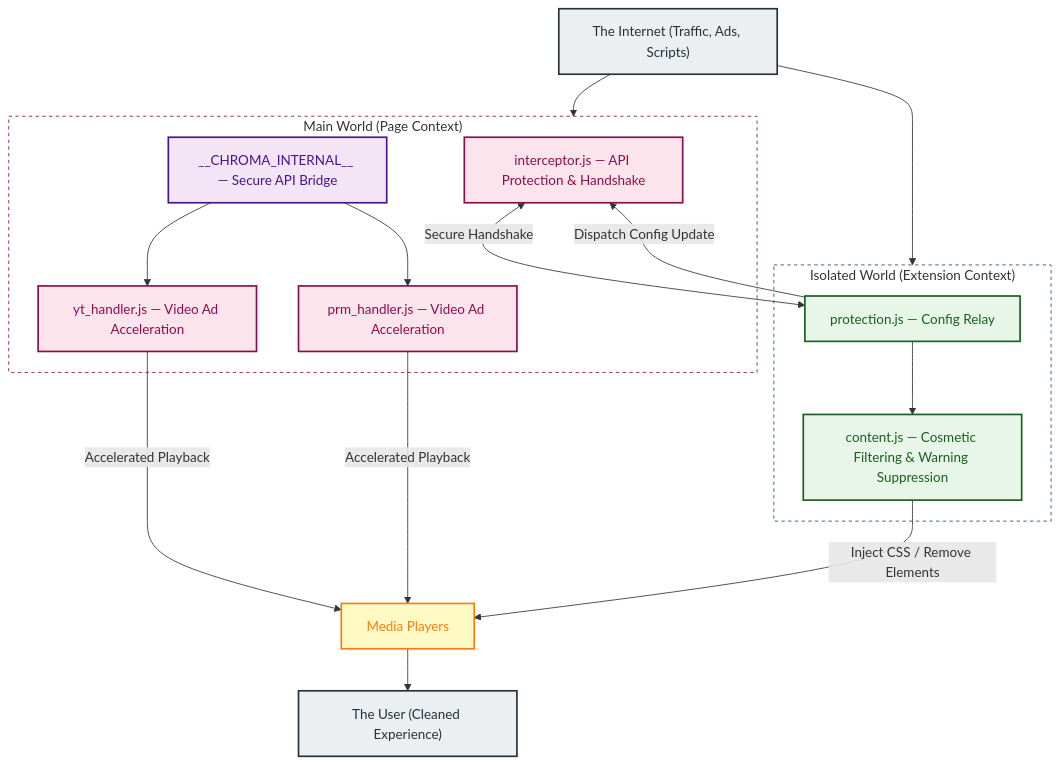
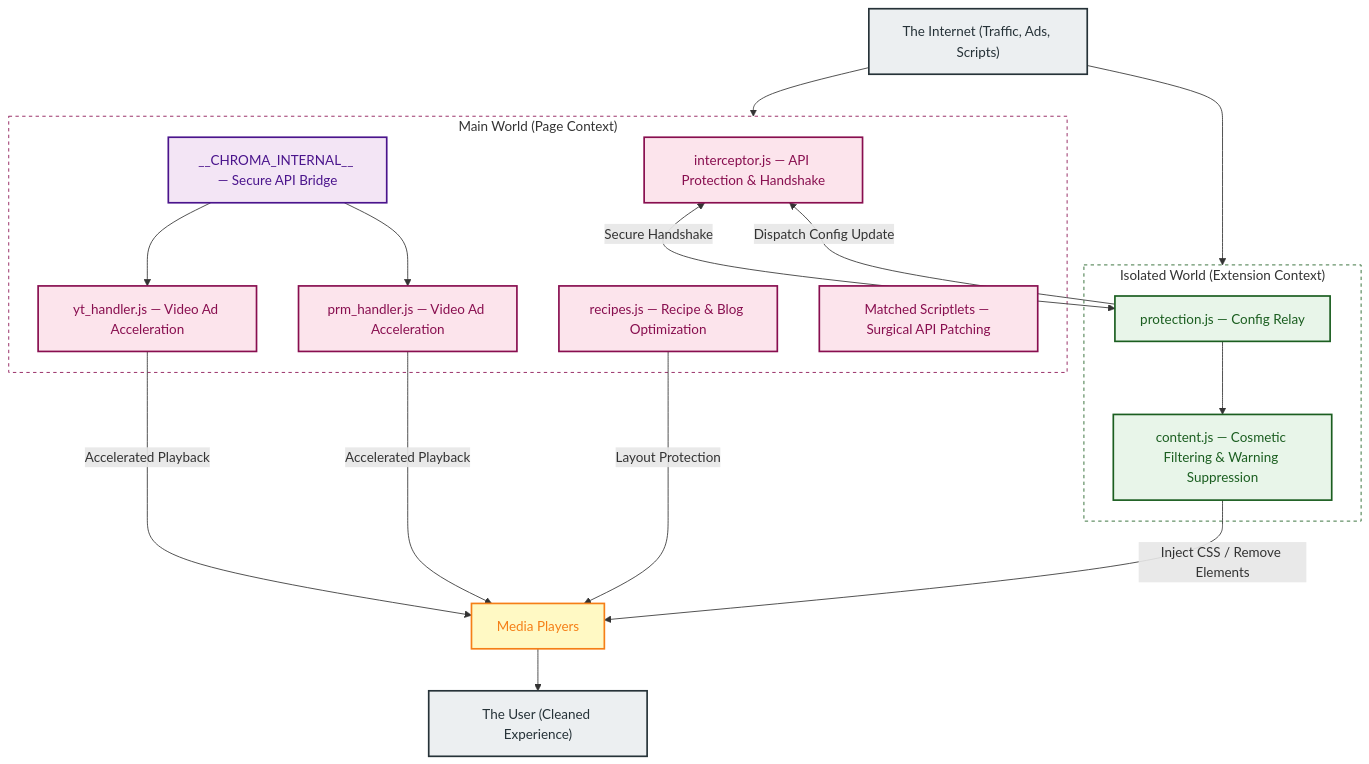
Before and after one commit to Dabrogost/Chroma-Ad-Blocker: the first of 2 diagrams in README.md, drawn with Mermaid. The commit also changed other lines of this file and 6 other files, not shown here.

````diff
--- a/README.md
+++ b/README.md
@@ -27,43 +29,46 @@
 ```mermaid
 graph TD
     classDef main     fill:#fce4ec,color:#880e4f,stroke:#880e4f,stroke-width:2px
     classDef secure   fill:#f3e5f5,color:#4a148c,stroke:#4a148c,stroke-width:2px
     classDef isolated fill:#e8f5e9,color:#1b5e20,stroke:#1b5e20,stroke-width:2px
     classDef dom      fill:#fff9c4,color:#f57f17,stroke:#f57f17,stroke-width:2px
     classDef actor    fill:#eceff1,color:#263238,stroke:#263238,stroke-width:2px
 
     INTERNET["The Internet (Traffic, Ads, Scripts)"]:::actor
 
     subgraph MW["Main World (Page Context)"]
         INTERCEPT["interceptor.js — API Protection & Handshake"]:::main
         BRIDGE["__CHROMA_INTERNAL__ — Secure API Bridge"]:::secure
         YT_H["yt_handler.js — Video Ad Acceleration"]:::main
         PRM_H["prm_handler.js — Video Ad Acceleration"]:::main
+        RECIPES["recipes.js — Recipe & Blog Optimization"]:::main
+        SCRIPTS["Matched Scriptlets — Surgical API Patching"]:::main
     end
 
     subgraph IW["Isolated World (Extension Context)"]
         PROT["protection.js — Config Relay"]:::isolated
         CONT["content.js — Cosmetic Filtering & Warning Suppression"]:::isolated
     end
 
     PLAYER["Media Players"]:::dom
     USER["The User (Cleaned Experience)"]:::actor
 
     INTERNET --> MW
     INTERNET --> IW
 
     INTERCEPT <-->|"Secure Handshake"| PROT
     PROT -->|"Dispatch Config Update"| INTERCEPT
     PROT --> CONT
 
     BRIDGE --> YT_H
     BRIDGE --> PRM_H
     YT_H -->|"Accelerated Playback"| PLAYER
     PRM_H -->|"Accelerated Playback"| PLAYER
+    RECIPES -->|"Layout Protection"| PLAYER
     CONT -->|"Inject CSS / Remove Elements"| PLAYER
 
     PLAYER --> USER
 
     style MW fill:none,stroke:#880e4f,stroke-width:1px,stroke-dasharray:4
     style IW fill:none,stroke:#1b5e20,stroke-width:1px,stroke-dasharray:4
 ```
````
